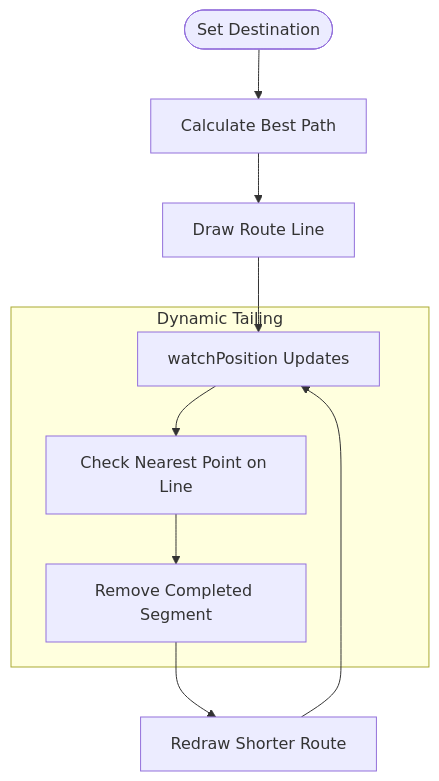
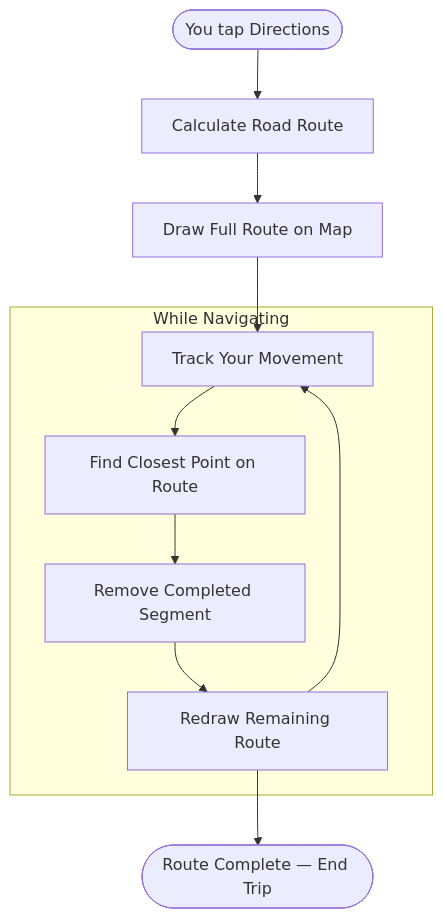
One commit to Akash-Veerla/Demographic changed the ninth of 14 diagrams in docs/DIAGRAMS.md. Above: the diagram before and after it, drawn with Mermaid. The commit also changed other lines of this file and 2 other files, not shown here.

Commit message:
Update README.md & DIAGRAMS.md

````diff
--- a/docs/DIAGRAMS.md
+++ b/docs/DIAGRAMS.md
@@ -240,17 +282,20 @@
 ```mermaid
 graph TD
-    Start([Set Destination]) --> Router[Calculate Best Path]
-    Router --> Display[Draw Route Line]
-    
-    subgraph "Dynamic Tailing"
-        Track[watchPosition Updates]
-        Compare[Check Nearest Point on Line]
-        Slice[Remove Completed Segment]
+    Start([You tap Directions]) --> Calc[Calculate Road Route]
+    Calc --> Draw[Draw Full Route on Map]
+
+    subgraph "While Navigating"
+        Watch[Track Your Movement]
+        Find[Find Closest Point on Route]
+        Trim[Remove Completed Segment]
+        Redraw[Redraw Remaining Route]
     end
-    
-    Display --> Track
-    Track --> Compare
-    Compare --> Slice
-    Slice --> Redraw[Redraw Shorter Route]
-    Redraw --> Track
+
+    Draw --> Watch
+    Watch --> Find
+    Find --> Trim
+    Trim --> Redraw
+    Redraw --> Watch
+
+    Redraw --> Arrived([Route Complete — End Trip])
 ```
````
